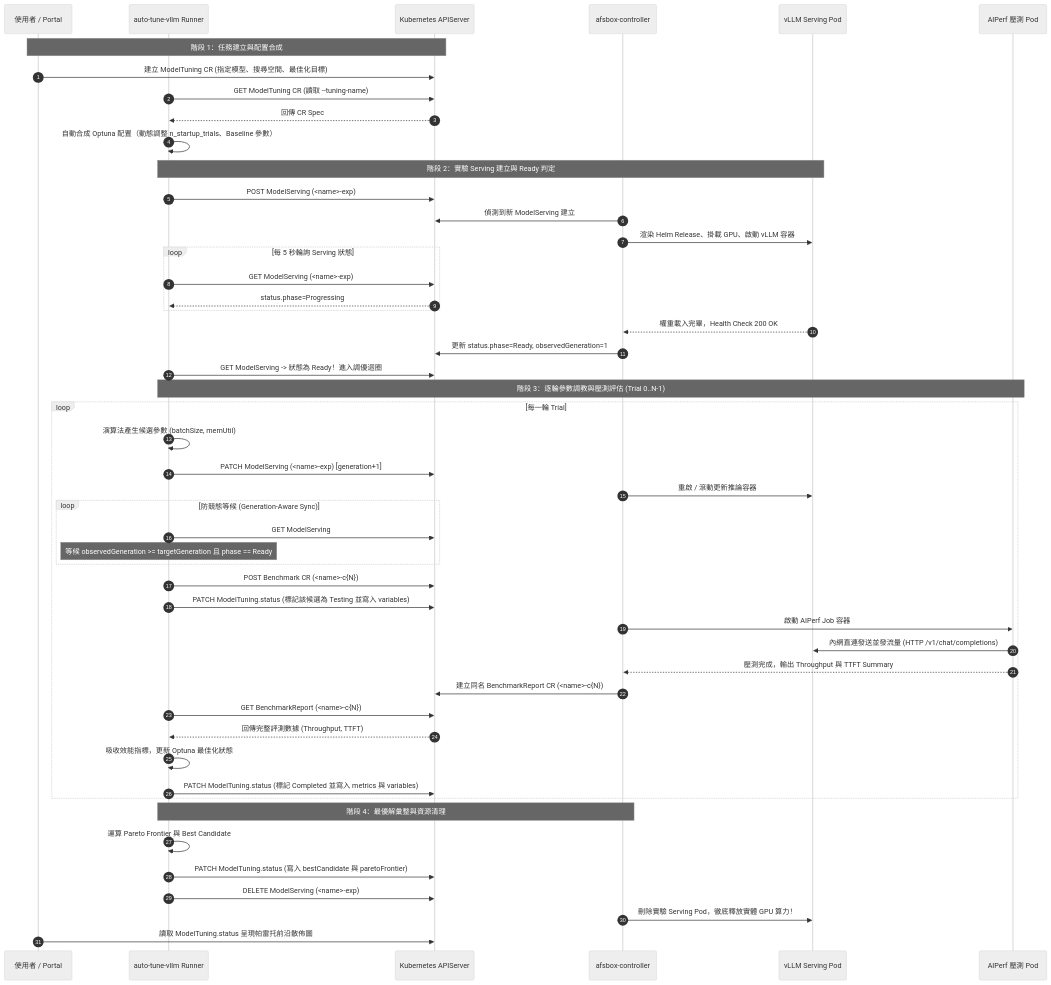
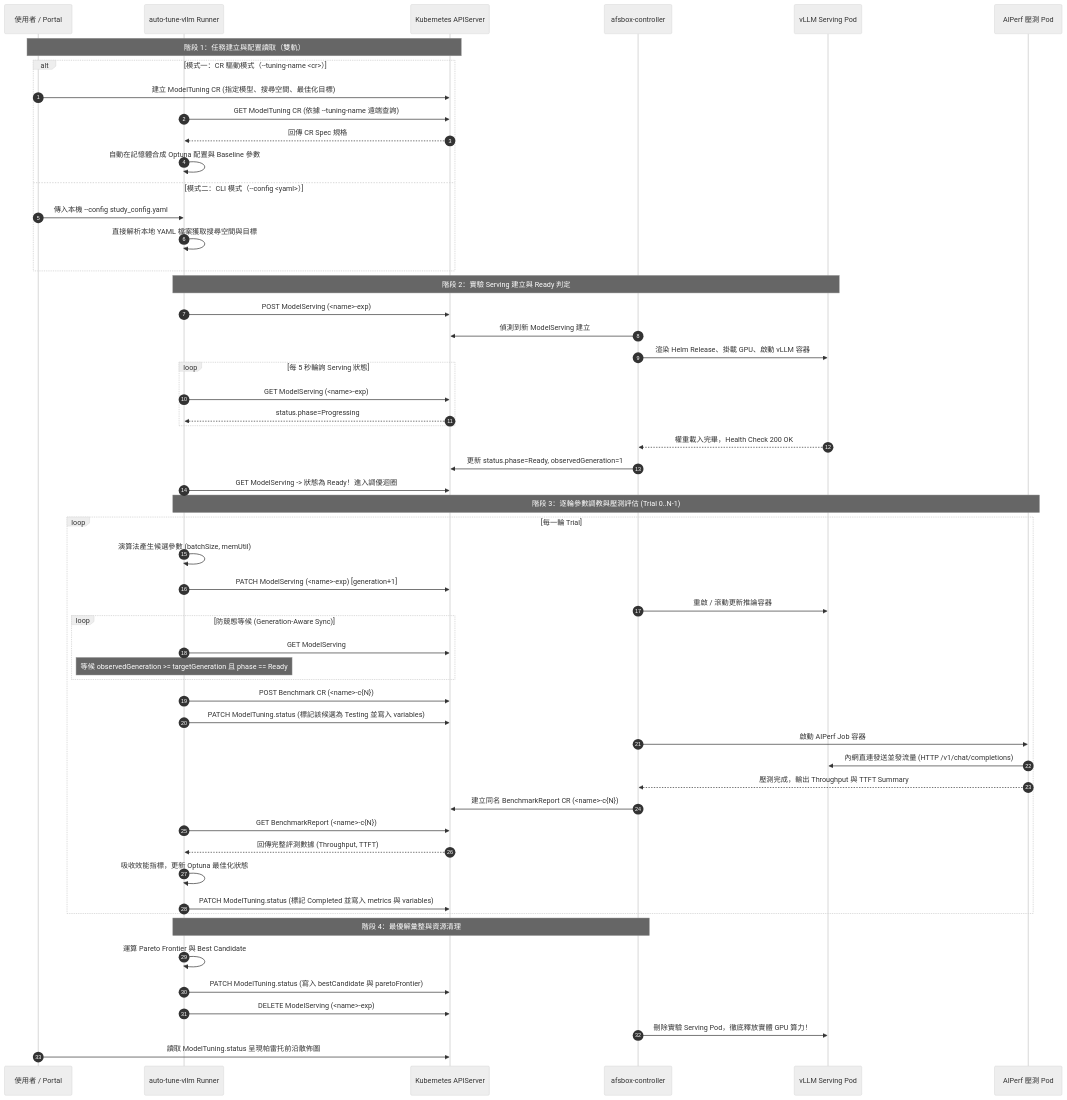
Before and after one commit to keyword1983/auto-tuning-vllm: the third of 4 diagrams in docs/afsbox_integration.md, drawn with Mermaid (neutral theme). The commit also changed other lines of this file, not shown here.

Commit message:
docs(diagrams): add clear dual-track config input paths for --tuning-name and --config

````diff
--- a/docs/afsbox_integration.md
+++ b/docs/afsbox_integration.md
@@ -116,56 +134,61 @@
 ```mermaid
 sequenceDiagram
     autonumber
     participant Portal as 使用者 / Portal
     participant Runner as auto-tune-vllm Runner
     participant K8s as Kubernetes APIServer
     participant Ctrl as afsbox-controller
     participant Serving as vLLM Serving Pod
     participant Bench as AIPerf 壓測 Pod
 
-    Note over Portal, K8s: 階段 1：任務建立與配置合成
-    Portal->>K8s: 建立 ModelTuning CR (指定模型、搜尋空間、最佳化目標)
-    Runner->>K8s: GET ModelTuning CR (讀取 --tuning-name)
-    K8s-->>Runner: 回傳 CR Spec
-    Runner->>Runner: 自動合成 Optuna 配置（動態調整 n_startup_trials、Baseline 參數）
+    Note over Portal, K8s: 階段 1：任務建立與配置讀取（雙軌）
+    alt 模式一：CR 驅動模式（--tuning-name <cr>）
+        Portal->>K8s: 建立 ModelTuning CR (指定模型、搜尋空間、最佳化目標)
+        Runner->>K8s: GET ModelTuning CR (依據 --tuning-name 遠端查詢)
+        K8s-->>Runner: 回傳 CR Spec 規格
+        Runner->>Runner: 自動在記憶體合成 Optuna 配置與 Baseline 參數
+    else 模式二：CLI 模式（--config <yaml>）
+        Portal->>Runner: 傳入本機 --config study_config.yaml
+        Runner->>Runner: 直接解析本地 YAML 檔案獲取搜尋空間與目標
+    end
 
     Note over Runner, Serving: 階段 2：實驗 Serving 建立與 Ready 判定
     Runner->>K8s: POST ModelServing (<name>-exp)
     Ctrl->>K8s: 偵測到新 ModelServing 建立
     Ctrl->>Serving: 渲染 Helm Release、掛載 GPU、啟動 vLLM 容器
     loop 每 5 秒輪詢 Serving 狀態
         Runner->>K8s: GET ModelServing (<name>-exp)
         K8s-->>Runner: status.phase=Progressing
     end
     Serving-->>Ctrl: 權重載入完畢，Health Check 200 OK
     Ctrl->>K8s: 更新 status.phase=Ready, observedGeneration=1
     Runner->>K8s: GET ModelServing -> 狀態為 Ready！進入調優迴圈
 
     Note over Runner, Bench: 階段 3：逐輪參數調教與壓測評估 (Trial 0..N-1)
     loop 每一輪 Trial
         Runner->>Runner: 演算法產生候選參數 (batchSize, memUtil)
         Runner->>K8s: PATCH ModelServing (<name>-exp) [generation+1]
         Ctrl->>Serving: 重啟 / 滾動更新推論容器
         loop 防競態等候 (Generation-Aware Sync)
             Runner->>K8s: GET ModelServing
             Note over Runner: 等候 observedGeneration >= targetGeneration 且 phase == Ready
         end
         Runner->>K8s: POST Benchmark CR (<name>-c{N})
         Runner->>K8s: PATCH ModelTuning.status (標記該候選為 Testing 並寫入 variables)
         Ctrl->>Bench: 啟動 AIPerf Job 容器
         Bench->>Serving: 內網直連發送並發流量 (HTTP /v1/chat/completions)
         Bench-->>Ctrl: 壓測完成，輸出 Throughput 與 TTFT Summary
         Ctrl->>K8s: 建立同名 BenchmarkReport CR (<name>-c{N})
         Runner->>K8s: GET BenchmarkReport (<name>-c{N})
         K8s-->>Runner: 回傳完整評測數據 (Throughput, TTFT)
         Runner->>Runner: 吸收效能指標，更新 Optuna 最佳化狀態
         Runner->>K8s: PATCH ModelTuning.status (標記 Completed 並寫入 metrics 與 variables)
     end
 
     Note over Runner, Ctrl: 階段 4：最優解彙整與資源清理
     Runner->>Runner: 運算 Pareto Frontier 與 Best Candidate
     Runner->>K8s: PATCH ModelTuning.status (寫入 bestCandidate 與 paretoFrontier)
     Runner->>K8s: DELETE ModelServing (<name>-exp)
     Ctrl->>Serving: 刪除實驗 Serving Pod，徹底釋放實體 GPU 算力！
     Portal->>K8s: 讀取 ModelTuning.status 呈現帕雷托前沿散佈圖
 ```
````
